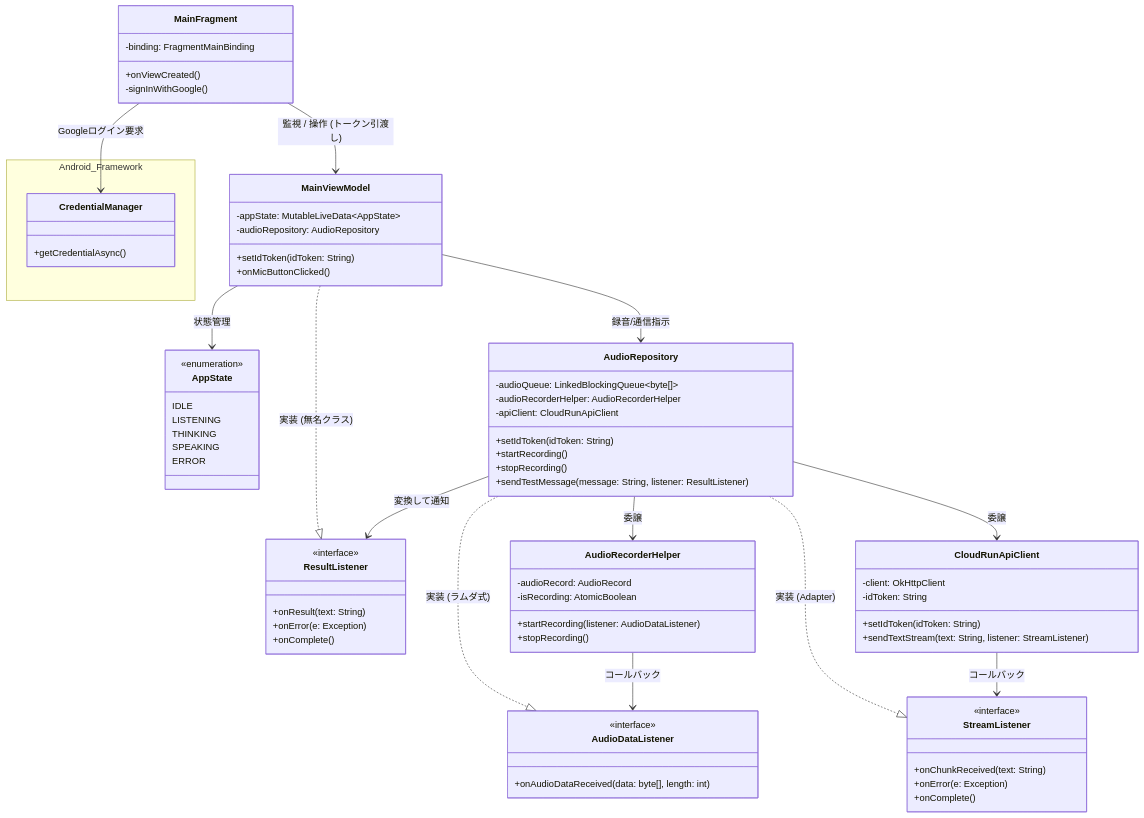
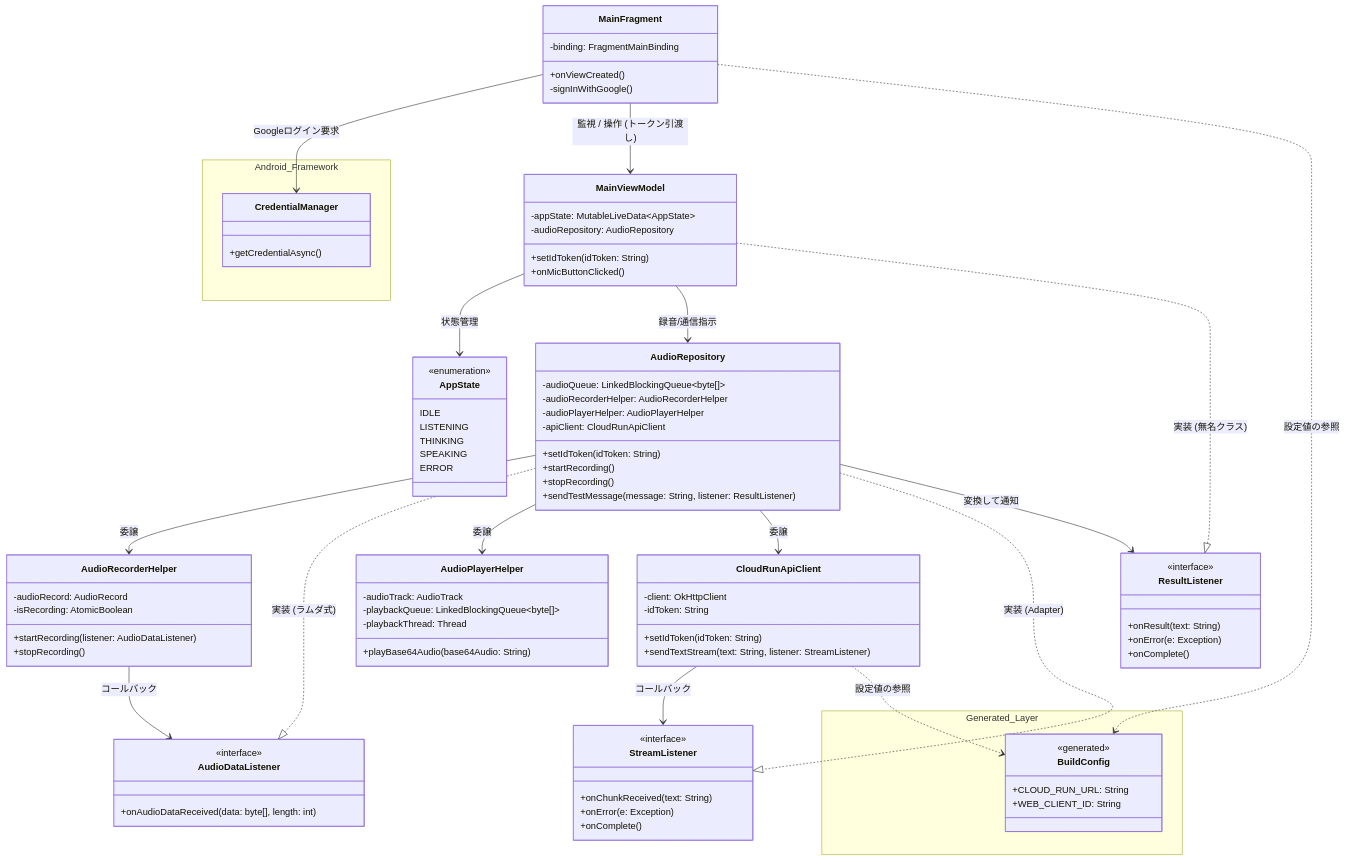
The first of 4 diagrams in README.md (rotani/android-study), drawn with Mermaid before and after one commit. The commit also changed other lines of this file and 5 other files, not shown here.

````diff
--- a/README.md
+++ b/README.md
@@ -16,6 +16,13 @@
     namespace Android_Framework {
         class CredentialManager {
             +getCredentialAsync()
+        }
+    }
+    namespace Generated_Layer {
+        class BuildConfig {
+            <<generated>>
+            +CLOUD_RUN_URL: String
+            +WEB_CLIENT_ID: String
         }
     }
     class MainFragment {
@@ -40,6 +47,7 @@
     class AudioRepository {
         -audioQueue: LinkedBlockingQueue~byte[]~
         -audioRecorderHelper: AudioRecorderHelper
+        -audioPlayerHelper: AudioPlayerHelper
         -apiClient: CloudRunApiClient
         +setIdToken(idToken: String)
         +startRecording()
@@ -62,6 +70,12 @@
         <<interface>>
         +onAudioDataReceived(data: byte[], length: int)
     }
+    class AudioPlayerHelper {
+        -audioTrack: AudioTrack
+        -playbackQueue: LinkedBlockingQueue~byte[]~
+        -playbackThread: Thread
+        +playBase64Audio(base64Audio: String)
+    }
     class CloudRunApiClient {
         -client: OkHttpClient
         -idToken: String
@@ -83,10 +97,13 @@
 
     AudioRepository --> AudioRecorderHelper : 委譲
     AudioRepository ..|> AudioDataListener : 実装 (ラムダ式)
+    AudioRepository --> AudioPlayerHelper : 委譲
     AudioRecorderHelper --> AudioDataListener : コールバック
 
     AudioRepository --> CloudRunApiClient : 委譲
     AudioRepository ..|> StreamListener : 実装 (Adapter)
     AudioRepository --> ResultListener : 変換して通知
     CloudRunApiClient --> StreamListener : コールバック
+    CloudRunApiClient ..> BuildConfig : 設定値の参照
+    MainFragment ..> BuildConfig : 設定値の参照
 ```
````
